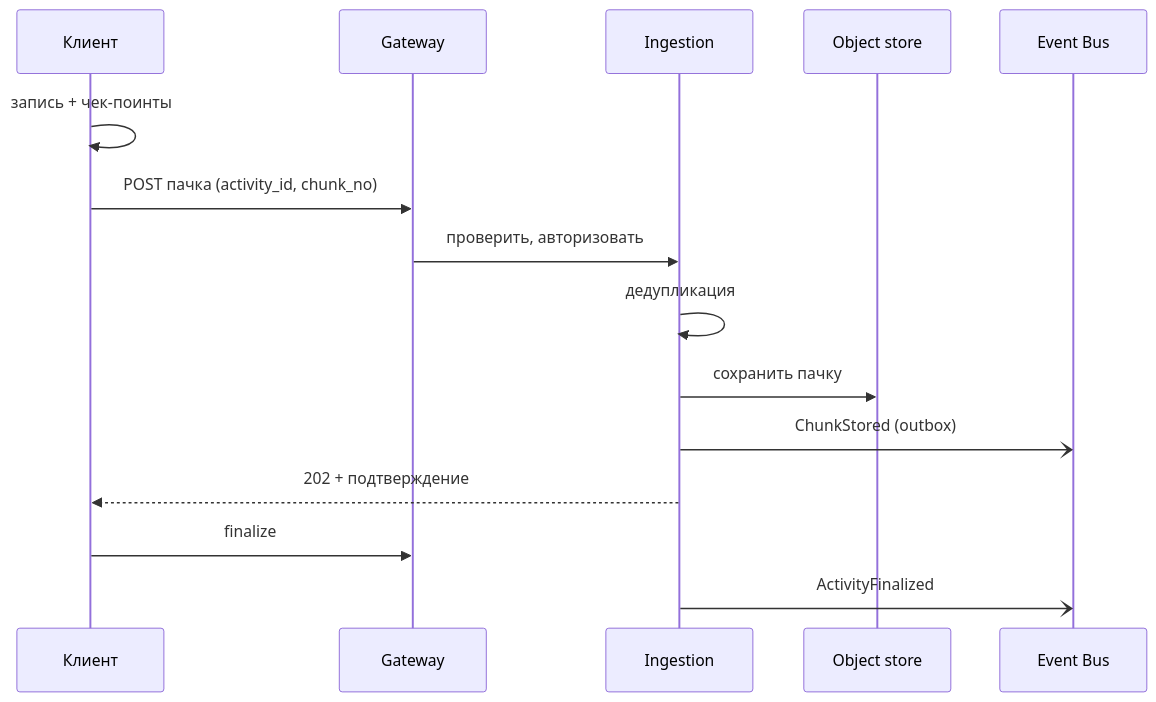
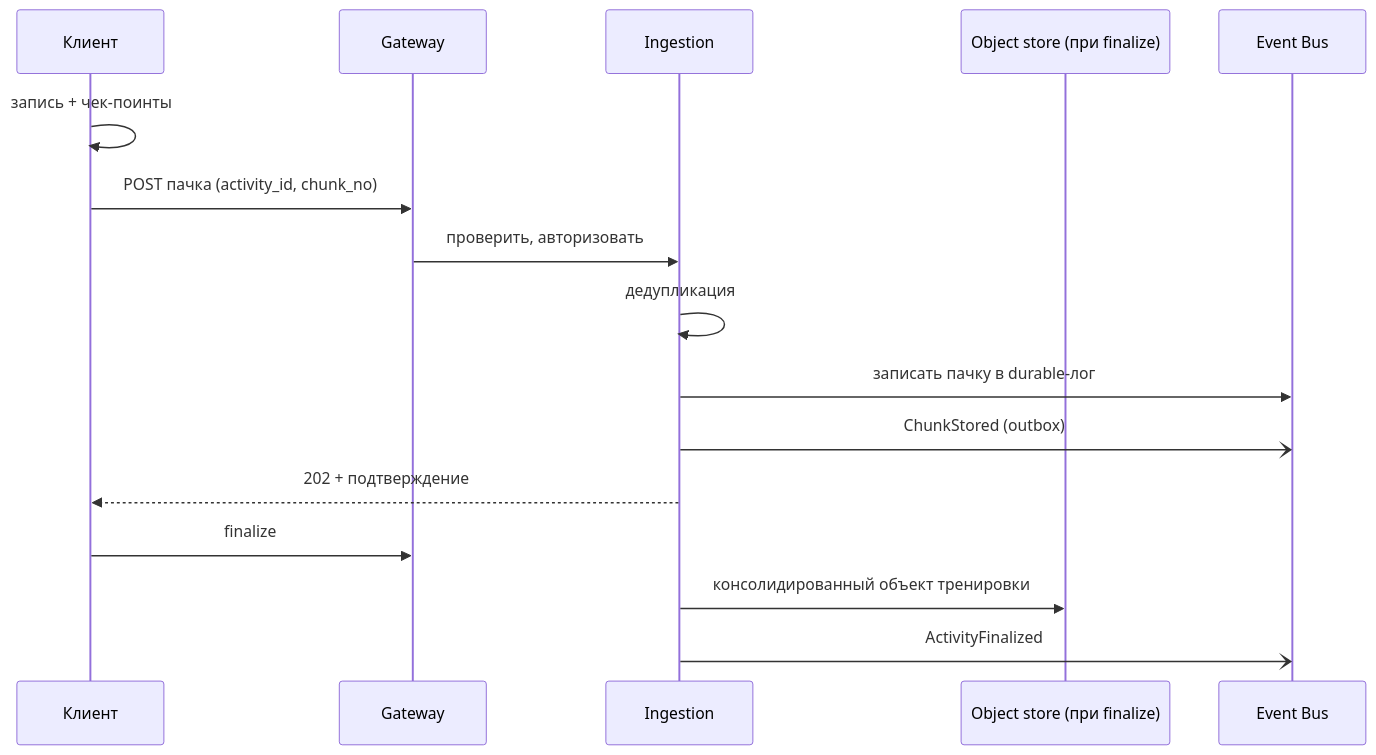
One commit to estario33/GlobalSportsPlatform changed the diagram in docs/use-cases/UC-02-record-workout.md. Above: the diagram before and after it, drawn with Mermaid. The commit also changed 11 other files, not shown here.

````diff
--- a/docs/use-cases/UC-02-record-workout.md
+++ b/docs/use-cases/UC-02-record-workout.md
@@ -16,17 +16,18 @@
 ```mermaid
 sequenceDiagram
   participant C as Клиент
   participant G as Gateway
   participant N as Ingestion
-  participant O as Object store
+  participant O as Object store (при finalize)
   participant B as Event Bus
   C->>C: запись + чек-поинты
   C->>G: POST пачка (activity_id, chunk_no)
   G->>N: проверить, авторизовать
   N->>N: дедупликация
-  N->>O: сохранить пачку
+  N->>B: записать пачку в durable-лог
   N-)B: ChunkStored (outbox)
   N-->>C: 202 + подтверждение
   C->>G: finalize
+  N->>O: консолидированный объект тренировки
   N-)B: ActivityFinalized
 ```
````
